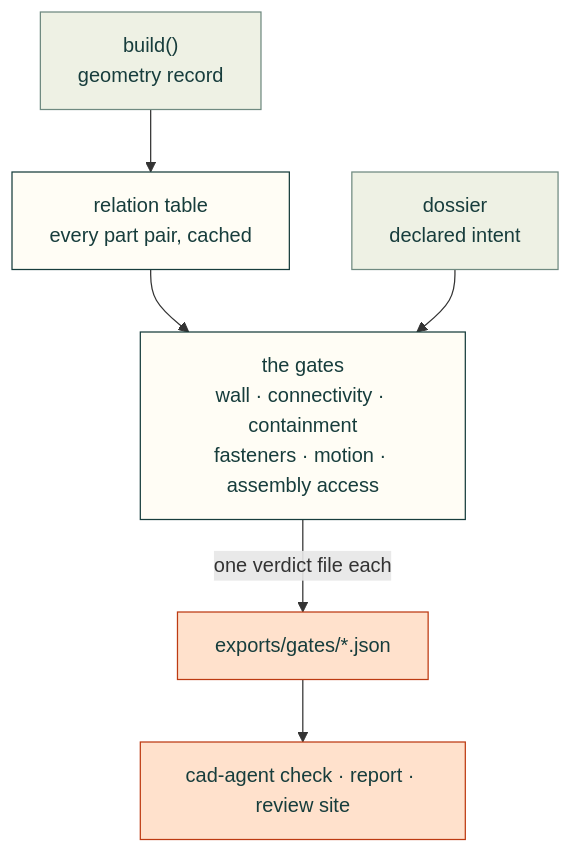
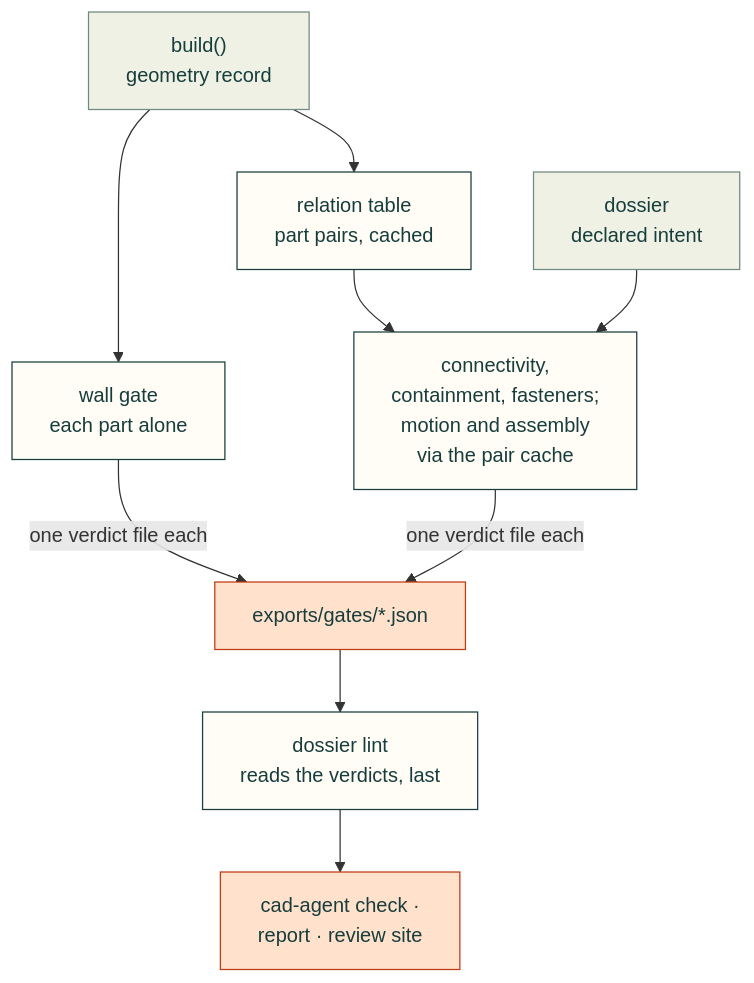
Before and after one commit to Valpatel/cad-agent: the diagram in docs/gates.md, drawn with Mermaid. The commit also changed 24 other files, not shown here.

````diff
--- a/docs/gates.md
+++ b/docs/gates.md
@@ -12,14 +12,16 @@
 ```mermaid
 flowchart TD
-    B["build()<br/>geometry record"] --> T["relation table<br/>every part pair, cached"]
-    T --> G["the gates<br/>wall · connectivity · containment<br/>fasteners · motion · assembly access"]
+    B["build()<br/>geometry record"] --> T["relation table<br/>part pairs, cached"]
+    B --> W["wall gate<br/>each part alone"]
+    T --> G["connectivity,<br/>containment, fasteners;<br/>motion and assembly<br/>via the pair cache"]
     D["dossier<br/>declared intent"] --> G
-    G -->|"one verdict file each"| V["exports/gates/*.json"]
-    V --> S["cad-agent check · report · review site"]
+    W & G -->|"one verdict file each"| V["exports/gates/*.json"]
+    V --> Li["dossier lint<br/>reads the verdicts, last"]
+    Li --> S["cad-agent check ·<br/>report · review site"]
     classDef here fill:#fffdf5,stroke:#173d3c,color:#173d3c
     classDef near fill:#eef1e4,stroke:#6f8a80,color:#173d3c
     classDef out fill:#ffe1cc,stroke:#bd3a12,color:#173d3c
-    class T,G here
+    class T,G,W,Li here
     class B,D near
     class V,S out
 ```
````
